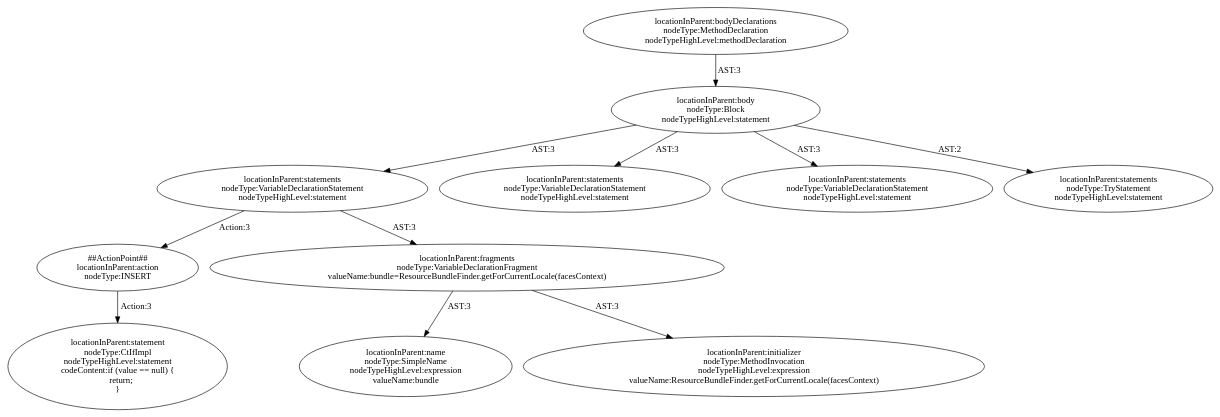
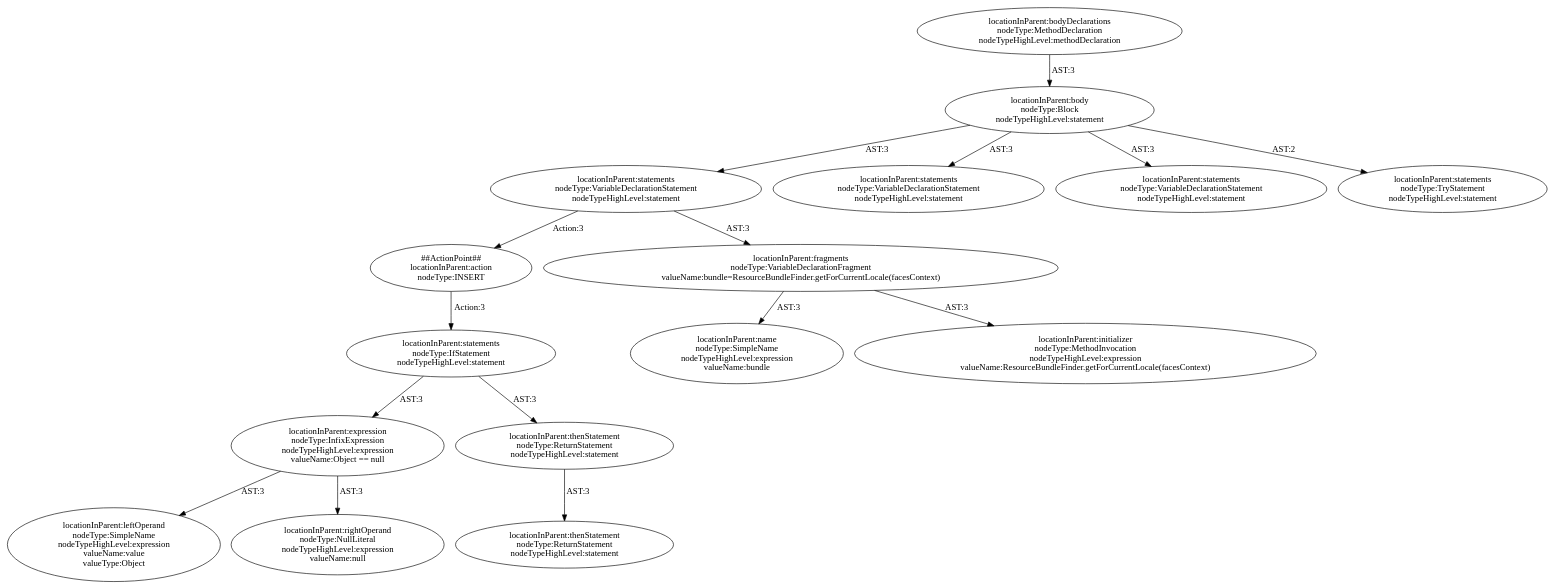
Before and after one commit to ssmingz/FixGen: the diagram in codegraph/out/pattern_NullCheck_abstract0.dot, drawn with Graphviz. The commit also changed 40 other files, not shown here.

Commit message:
change the construction to add nodes from fixed CodeGraph to buggy CodeGraph instead rebuild a node from a CtElement, the challenge is to find 1)the mapping between buggy and fixed graphs 2)the mapping between CodeGraph and Spoon

```diff
--- a/codegraph/out/pattern_NullCheck_abstract0.dot
+++ b/codegraph/out/pattern_NullCheck_abstract0.dot
@@ -1,23 +1,33 @@
 digraph "Pattern" {
 0 [label="##ActionPoint##\nlocationInParent:action\nnodeType:INSERT" shape=ellipse]
 1 [label="locationInParent:statements\nnodeType:VariableDeclarationStatement\nnodeTypeHighLevel:statement" shape=ellipse]
 2 [label="locationInParent:body\nnodeType:Block\nnodeTypeHighLevel:statement" shape=ellipse]
 3 [label="locationInParent:bodyDeclarations\nnodeType:MethodDeclaration\nnodeTypeHighLevel:methodDeclaration" shape=ellipse]
 4 [label="locationInParent:statements\nnodeType:VariableDeclarationStatement\nnodeTypeHighLevel:statement" shape=ellipse]
 5 [label="locationInParent:statements\nnodeType:VariableDeclarationStatement\nnodeTypeHighLevel:statement" shape=ellipse]
 6 [label="locationInParent:statements\nnodeType:TryStatement\nnodeTypeHighLevel:statement" shape=ellipse]
 7 [label="locationInParent:fragments\nnodeType:VariableDeclarationFragment\nvalueName:bundle=ResourceBundleFinder.getForCurrentLocale(facesContext)" shape=ellipse]
 8 [label="locationInParent:name\nnodeType:SimpleName\nnodeTypeHighLevel:expression\nvalueName:bundle" shape=ellipse]
 9 [label="locationInParent:initializer\nnodeType:MethodInvocation\nnodeTypeHighLevel:expression\nvalueName:ResourceBundleFinder.getForCurrentLocale(facesContext)" shape=ellipse]
-10 [label="locationInParent:statement\nnodeType:CtIfImpl\nnodeTypeHighLevel:statement\ncodeContent:if (value == null) {\n    return;\n}" shape=ellipse]
+10 [label="locationInParent:statements\nnodeType:IfStatement\nnodeTypeHighLevel:statement" shape=ellipse]
+11 [label="locationInParent:expression\nnodeType:InfixExpression\nnodeTypeHighLevel:expression\nvalueName:Object == null" shape=ellipse]
+12 [label="locationInParent:leftOperand\nnodeType:SimpleName\nnodeTypeHighLevel:expression\nvalueName:value\nvalueType:Object" shape=ellipse]
+13 [label="locationInParent:rightOperand\nnodeType:NullLiteral\nnodeTypeHighLevel:expression\nvalueName:null" shape=ellipse]
+14 [label="locationInParent:thenStatement\nnodeType:ReturnStatement\nnodeTypeHighLevel:statement" shape=ellipse]
+15 [label="locationInParent:thenStatement\nnodeType:ReturnStatement\nnodeTypeHighLevel:statement" shape=ellipse]
 0 -> 10 [label="Action:3"];
 1 -> 0 [label="Action:3"];
 1 -> 7 [label="AST:3"];
 2 -> 1 [label="AST:3"];
 2 -> 4 [label="AST:3"];
 2 -> 5 [label="AST:3"];
 2 -> 6 [label="AST:2"];
 3 -> 2 [label="AST:3"];
 7 -> 8 [label="AST:3"];
 7 -> 9 [label="AST:3"];
+10 -> 11 [label="AST:3"];
+10 -> 14 [label="AST:3"];
+11 -> 12 [label="AST:3"];
+11 -> 13 [label="AST:3"];
+14 -> 15 [label="AST:3"];
 }
```
